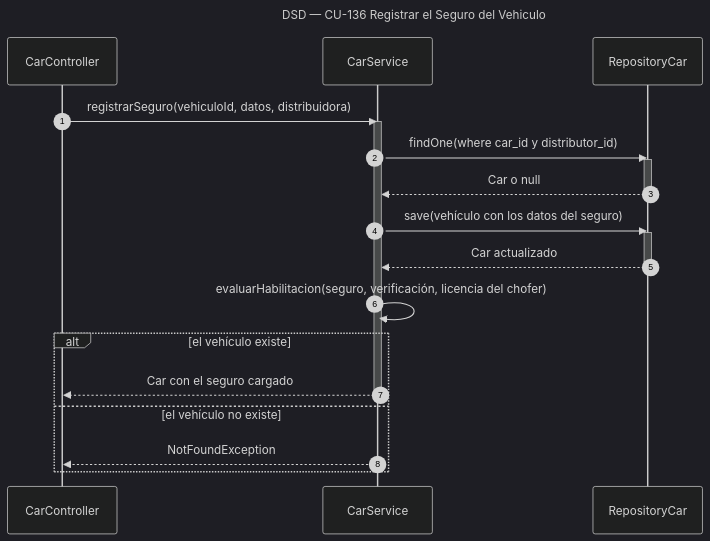
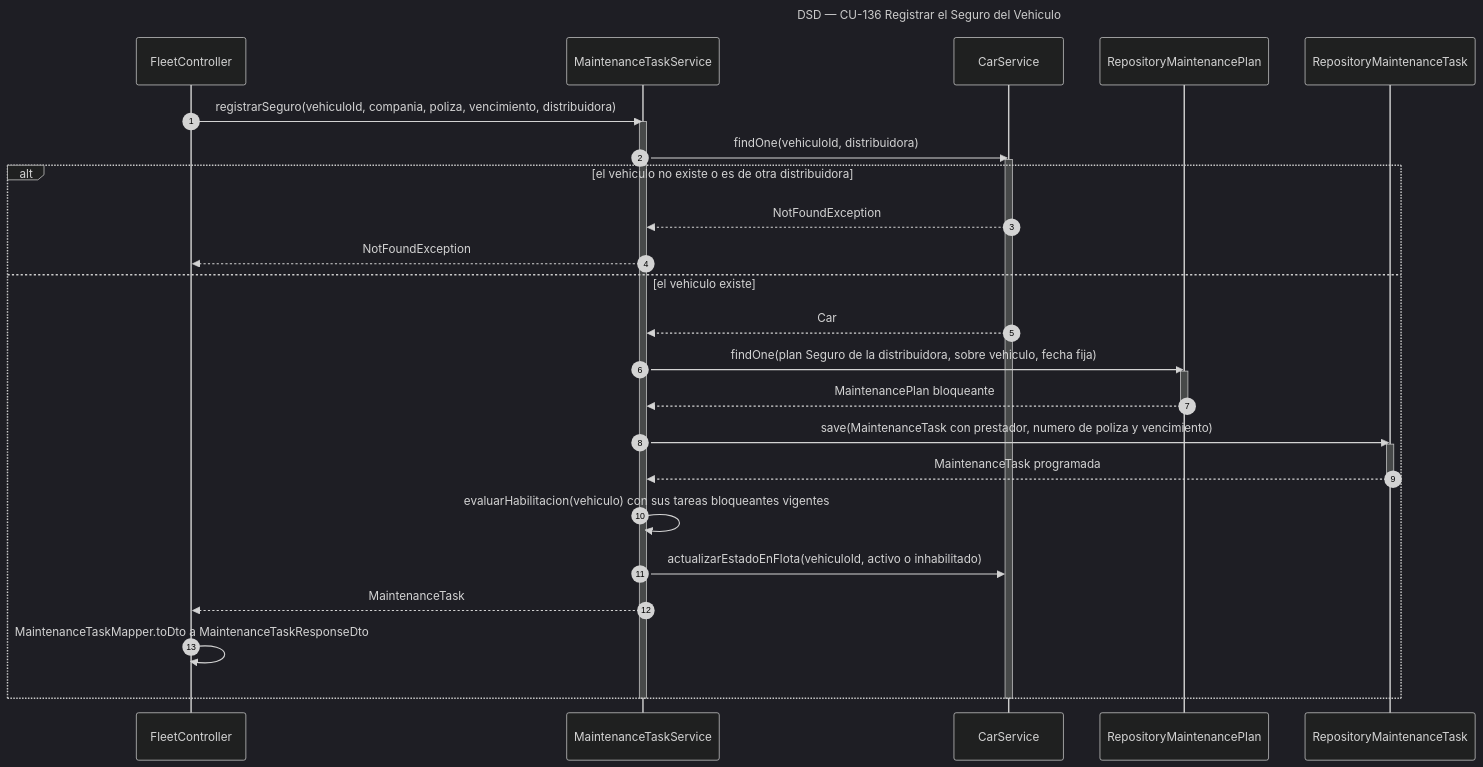
Before and after one commit to Nahuelito-Dev/splg-docs: the diagram in diagramas/DSD_CU-136_Registrar-el-Seguro-del-Vehiculo.mmd, drawn with Mermaid (dark theme). The commit also changed 19 other files, not shown here.

First line of the commit message:
docs(flota): los DSD de CU-136 a CU-142 y el diagrama de clases con el modelo nuevo

```diff
--- a/diagramas/DSD_CU-136_Registrar-el-Seguro-del-Vehiculo.mmd
+++ b/diagramas/DSD_CU-136_Registrar-el-Seguro-del-Vehiculo.mmd
@@ -1,24 +1,33 @@
 sequenceDiagram
     title DSD — CU-136 Registrar el Seguro del Vehiculo
     autonumber
-    participant CTRL as CarController
-    participant SRV as CarService
-    participant VREP as RepositoryCar
+    participant CTRL as FleetController
+    participant SRV as MaintenanceTaskService
+    participant CARS as CarService
+    participant PREP as RepositoryMaintenancePlan
+    participant TREP as RepositoryMaintenanceTask
 
-    CTRL->>SRV: registrarSeguro(vehiculoId, datos, distribuidora)
+    CTRL->>SRV: registrarSeguro(vehiculoId, compania, poliza, vencimiento, distribuidora)
     activate SRV
-    SRV->>VREP: findOne(where car_id y distributor_id)
-    activate VREP
-    VREP-->>SRV: Car o null
-    deactivate VREP
-    SRV->>VREP: save(vehículo con los datos del seguro)
-    activate VREP
-    VREP-->>SRV: Car actualizado
-    deactivate VREP
-    SRV->>SRV: evaluarHabilitacion(seguro, verificación, licencia del chofer)
-    alt el vehículo existe
-        SRV-->>CTRL: Car con el seguro cargado
-        deactivate SRV
-    else el vehículo no existe
+    SRV->>CARS: findOne(vehiculoId, distribuidora)
+    activate CARS
+    alt el vehiculo no existe o es de otra distribuidora
+        CARS-->>SRV: NotFoundException
         SRV-->>CTRL: NotFoundException
+    else el vehiculo existe
+        CARS-->>SRV: Car
+        SRV->>PREP: findOne(plan Seguro de la distribuidora, sobre vehiculo, fecha fija)
+        activate PREP
+        PREP-->>SRV: MaintenancePlan bloqueante
+        deactivate PREP
+        SRV->>TREP: save(MaintenanceTask con prestador, numero de poliza y vencimiento)
+        activate TREP
+        TREP-->>SRV: MaintenanceTask programada
+        deactivate TREP
+        SRV->>SRV: evaluarHabilitacion(vehiculo) con sus tareas bloqueantes vigentes
+        SRV->>CARS: actualizarEstadoEnFlota(vehiculoId, activo o inhabilitado)
+        SRV-->>CTRL: MaintenanceTask
+        CTRL->>CTRL: MaintenanceTaskMapper.toDto a MaintenanceTaskResponseDto
     end
+    deactivate CARS
+    deactivate SRV
```
